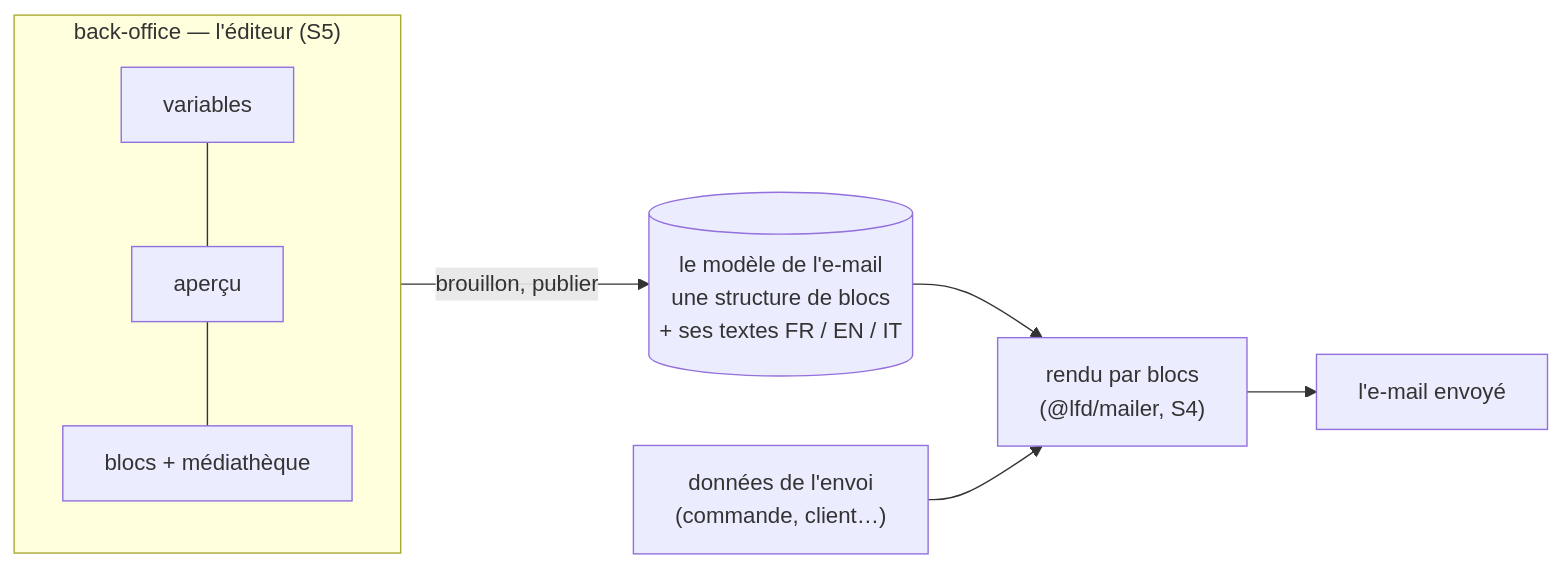
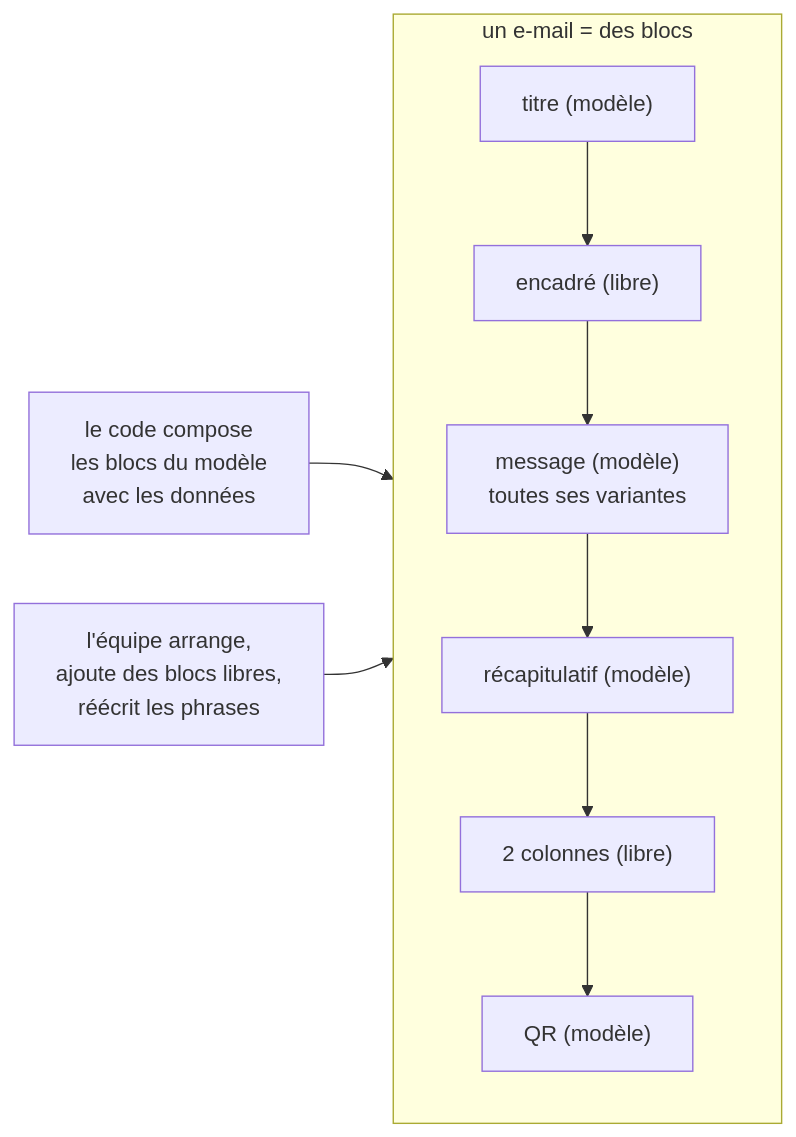
One commit to hugoheynard/lfd changed the diagram in documentation/editeur-de-contenu/plan-editeur-par-blocs.md. Above: the diagram before and after it, drawn with Mermaid. The commit also changed other lines of this file, not shown here.

First line of the commit message:
docs(editeur-de-contenu): l'éditeur réécrit — le code compose, l'équipe arrange et ajoute

````diff
--- a/documentation/editeur-de-contenu/plan-editeur-par-blocs.md
+++ b/documentation/editeur-de-contenu/plan-editeur-par-blocs.md
@@ -26,10 +35,8 @@
 ```mermaid
 flowchart LR
-  subgraph BO["back-office — l'éditeur (S5)"]
-    V["variables"] --- P["aperçu"] --- L["blocs + médiathèque"]
+  subgraph DOC["un e-mail = des blocs"]
+    M1["titre (modèle)"] --> L1["encadré (libre)"] --> M2["message (modèle)<br/>toutes ses variantes"] --> M3["récapitulatif (modèle)"] --> L2["2 colonnes (libre)"] --> M4["QR (modèle)"]
   end
-  BO -- "brouillon, publier" --> DOC[("le modèle de l'e-mail<br/>une structure de blocs<br/>+ ses textes FR / EN / IT")]
-  DOC --> R["rendu par blocs<br/>(@lfd/mailer, S4)"]
-  DATA["données de l'envoi<br/>(commande, client…)"] --> R
-  R --> E["l'e-mail envoyé"]
+  CODE["le code compose<br/>les blocs du modèle<br/>avec les données"] --> DOC
+  EQ["l'équipe arrange,<br/>ajoute des blocs libres,<br/>réécrit les phrases"] --> DOC
 ```
````
